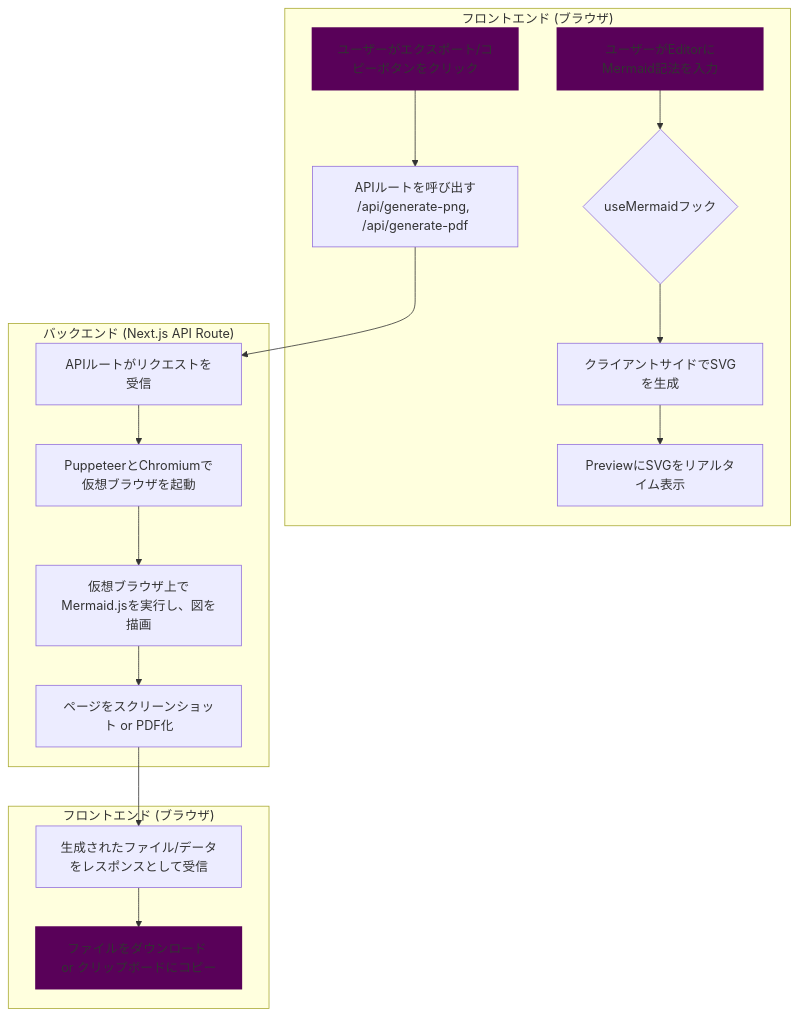
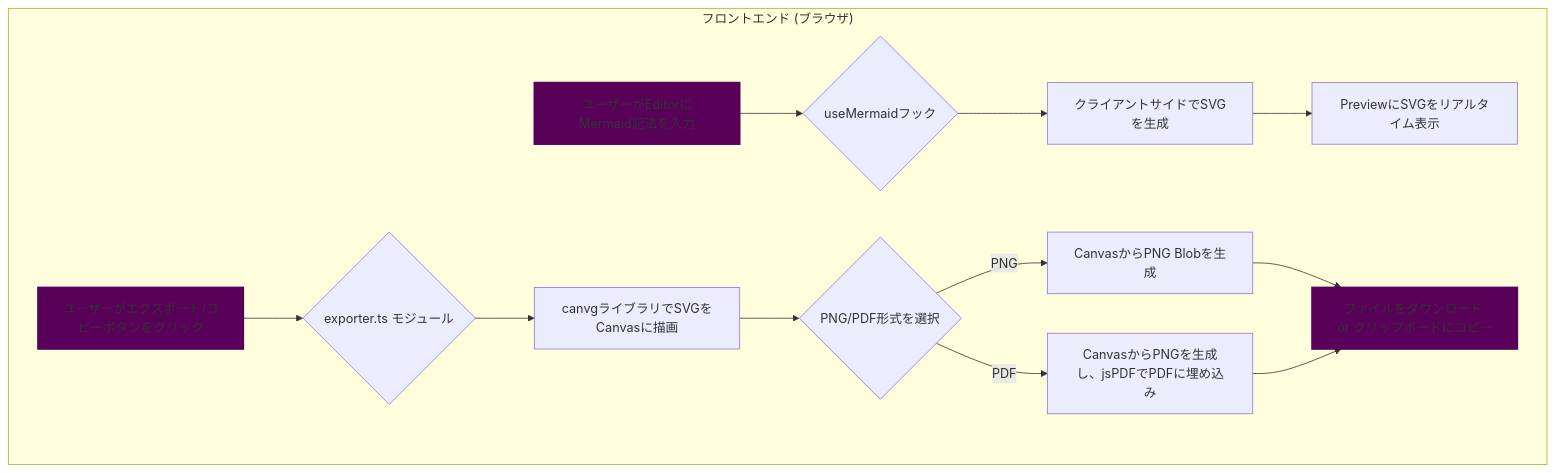
One commit to ymkge/mermaid-diagram-exporter changed the diagram in README.md. Above: the diagram before and after it, drawn with Mermaid. The commit also changed other lines of this file, not shown here.

````diff
--- a/README.md
+++ b/README.md
@@ -45,25 +45,21 @@
 ```mermaid
 flowchart TD
     subgraph "フロントエンド (ブラウザ)"
         A[ユーザーがEditorにMermaid記法を入力] --> B{useMermaidフック};
         B --> C[クライアントサイドでSVGを生成];
         C --> D[PreviewにSVGをリアルタイム表示];
-        E[ユーザーがエクスポート/コピーボタンをクリック] --> F["APIルートを呼び出す<br>/api/generate-png, /api/generate-pdf"];
-    end
-
-    subgraph "バックエンド (Next.js API Route)"
-        F --> G[APIルートがリクエストを受信];
-        G --> H[PuppeteerとChromiumで仮想ブラウザを起動];
-        H --> I[仮想ブラウザ上でMermaid.jsを実行し、図を描画];
-        I --> J[ページをスクリーンショット or PDF化];
-    end
-
-    subgraph "フロントエンド (ブラウザ)"
-        J --> K[生成されたファイル/データをレスポンスとして受信];
-        K --> L[ファイルをダウンロード or クリップボードにコピー];
+        
+        E[ユーザーがエクスポート/コピーボタンをクリック] --> F{exporter.ts モジュール};
+        F --> G[canvgライブラリでSVGをCanvasに描画];
+        G --> H{PNG/PDF形式を選択};
+        H -->|PNG| I[CanvasからPNG Blobを生成];
+        H -->|PDF| J[CanvasからPNGを生成し、jsPDFでPDFに埋め込み];
+        
+        I --> K[ファイルをダウンロード or クリップボードにコピー];
+        J --> K[ファイルをダウンロード or クリップボードにコピー];
     end
 
     style A fill:#590159,stroke:#590159,stroke-width:2px
     style E fill:#590159,stroke:#590159,stroke-width:2px
-    style L fill:#590159,stroke:#590159,stroke-width:2px
+    style K fill:#590159,stroke:#590159,stroke-width:2px
 ```
````
